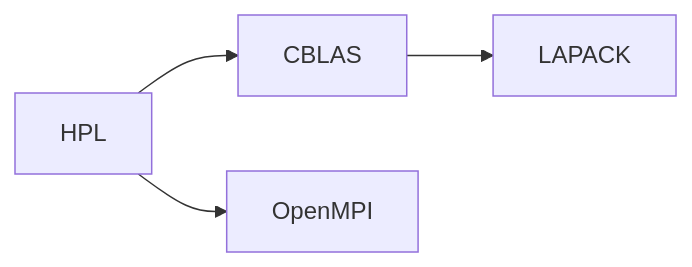
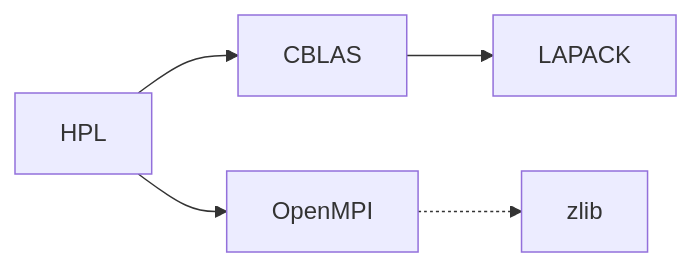
The diagram in docs/lab/Lab1-MiniCluster/index.md (wys917/HPC101), drawn with Mermaid before and after one commit. The commit also changed other lines of this file, not shown here.

Commit message:
docs: add note about optional zlib dependency for OpenMPI

````diff
--- a/docs/lab/Lab1-MiniCluster/index.md
+++ b/docs/lab/Lab1-MiniCluster/index.md
@@ -496,5 +496,5 @@
 ```mermaid
 flowchart LR
     A[HPL] --> B[CBLAS] --> D[LAPACK]
-    A[HPL] --> C[OpenMPI]
+    A[HPL] --> C[OpenMPI] -.-> E[zlib]
 ```
````
